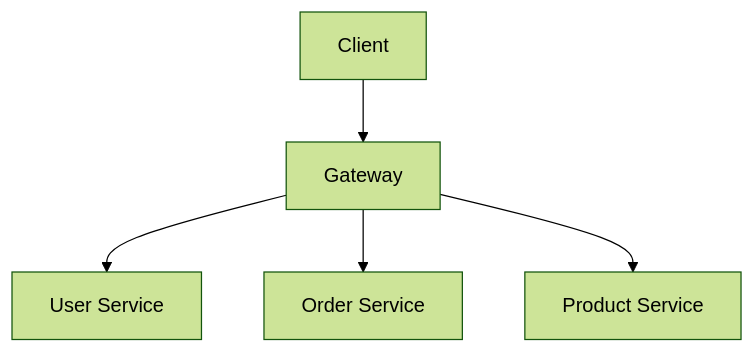
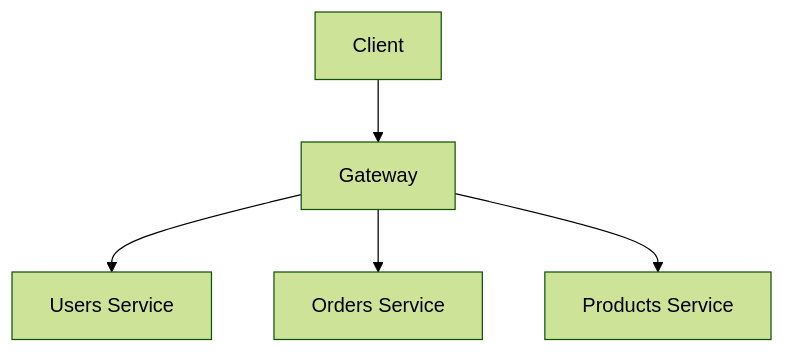
One commit to niamhb744/cd-graphql.github.io changed the diagram in src/pages/learn/federation.mdx. Above: the diagram before and after it, drawn with Mermaid (forest theme). The commit also changed other lines of this file, not shown here.

````diff
--- a/src/pages/learn/federation.mdx
+++ b/src/pages/learn/federation.mdx
@@ -157,13 +160,13 @@
 ```mermaid
 graph TD
-    Client --> FederationGateway
-    FederationGateway --> UserService
-    FederationGateway --> OrderService
-    FederationGateway --> ProductService
+  Client --> FederationGateway
+  FederationGateway --> UsersService
+  FederationGateway --> OrdersService
+  FederationGateway --> ProductsService
 
-    Client[Client]
-    FederationGateway[Gateway]
-    UserService[User Service]
-    OrderService[Order Service]
-    ProductService[Product Service]
+  Client[Client]
+  FederationGateway[Gateway]
+  UsersService[Users Service]
+  OrdersService[Orders Service]
+  ProductsService[Products Service]
 ```
````
